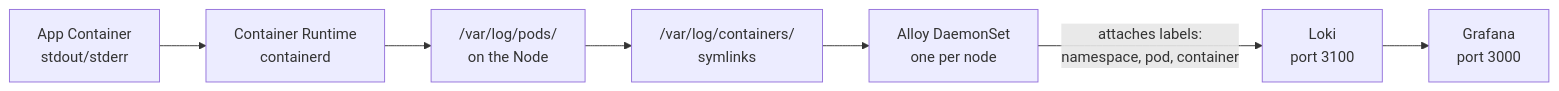
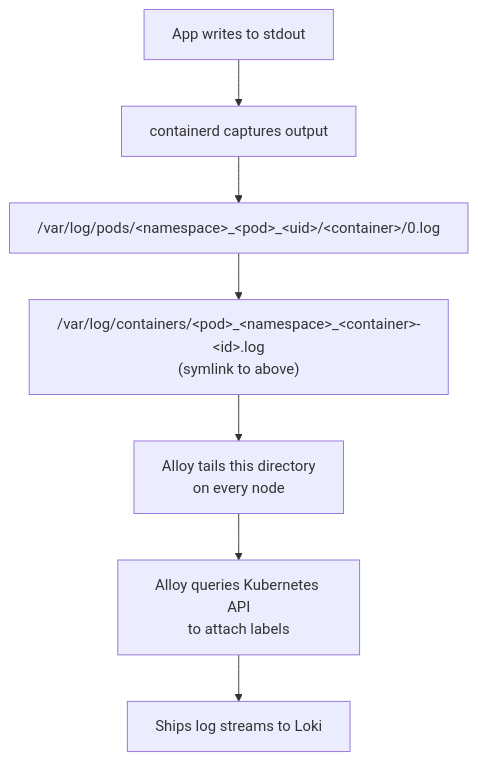
The diagram in diag1.md (mdsraihaniqbal1999/mermaid.diagrams), drawn with Mermaid before and after one commit.

````diff
--- a/diag1.md
+++ b/diag1.md
@@ -1,9 +1,9 @@
 ```mermaid
-flowchart LR
-    A["App Container<br>stdout/stderr"] --> B["Container Runtime<br>containerd"]
-    B --> C["/var/log/pods/<br>on the Node"]
-    C --> D["/var/log/containers/<br>symlinks"]
-    D --> E["Alloy DaemonSet<br>one per node"]
-    E -->|"attaches labels:<br>namespace, pod, container"| F["Loki<br>port 3100"]
-    F --> G["Grafana<br>port 3000"]
+ flowchart TD
+    A[App writes to stdout] --> B[containerd captures output]
+    B --> C["/var/log/pods/&lt;namespace&gt;_&lt;pod&gt;_&lt;uid&gt;/&lt;container&gt;/0.log"]
+    C --> D["/var/log/containers/&lt;pod&gt;_&lt;namespace&gt;_&lt;container&gt;-&lt;id&gt;.log\n(symlink to above)"]
+    D --> E[Alloy tails this directory\non every node]
+    E --> F[Alloy queries Kubernetes API\nto attach labels]
+    F --> G[Ships log streams to Loki]
 ```
````
